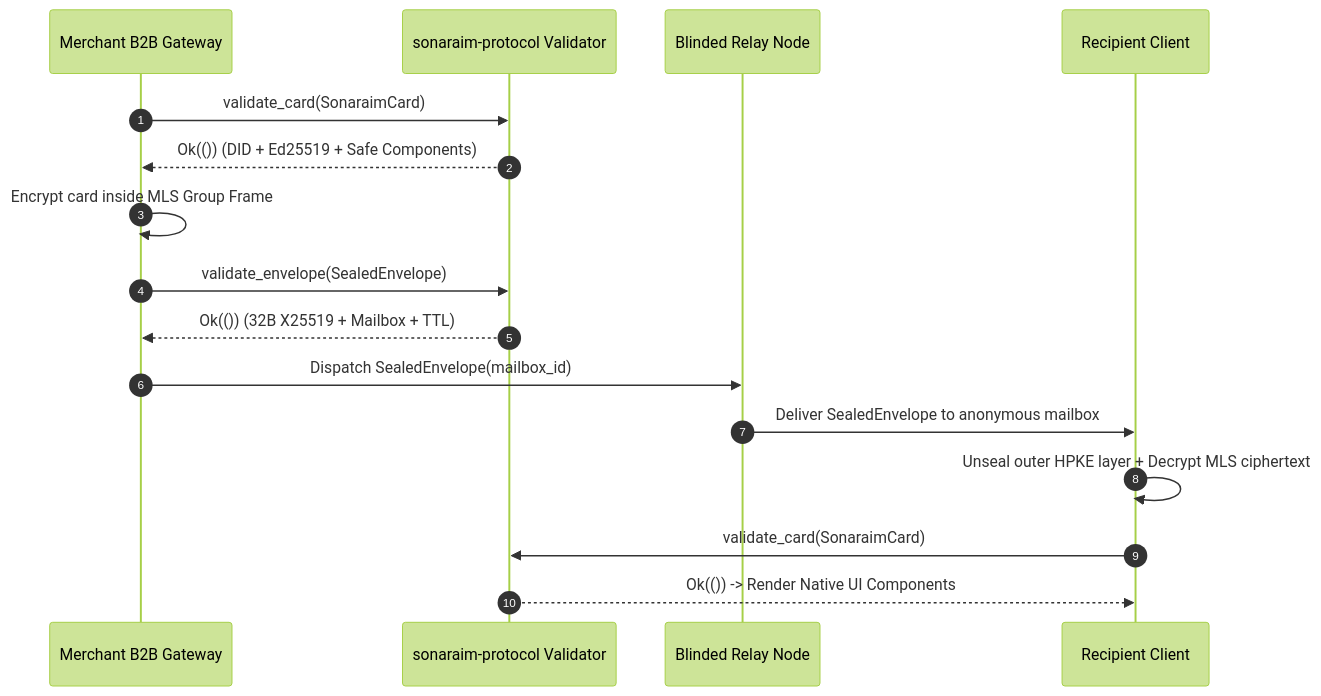
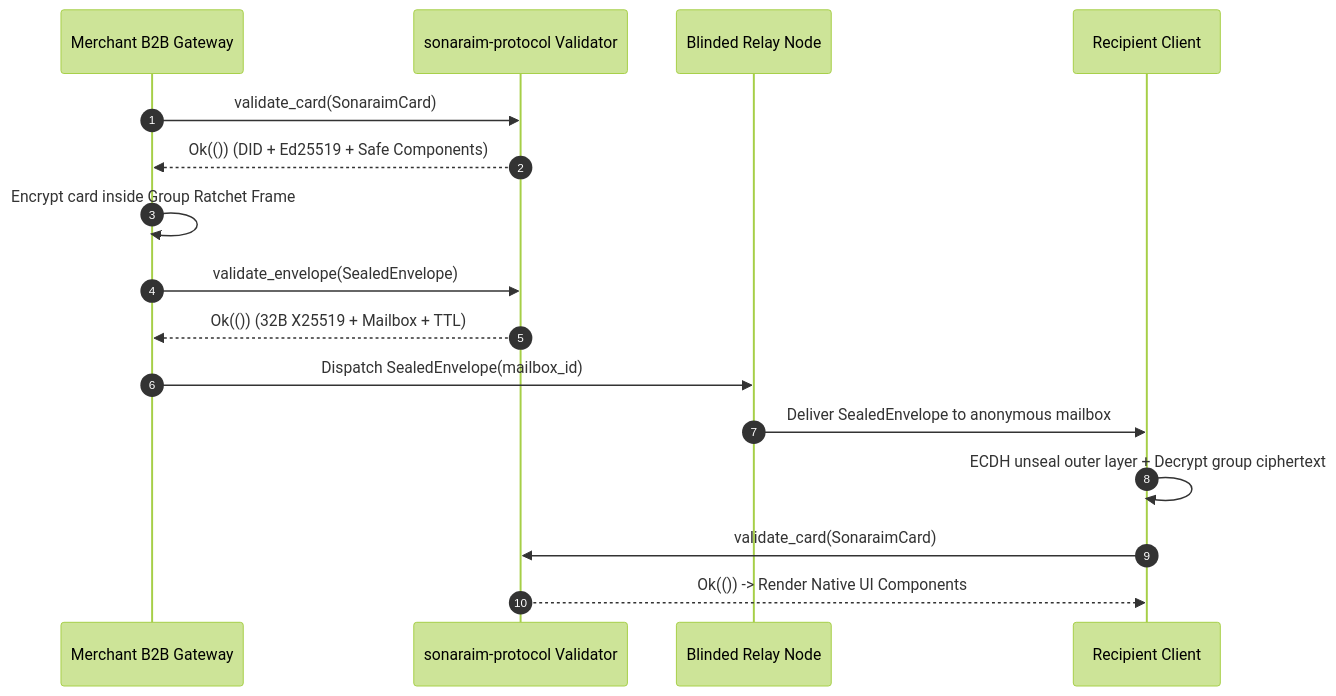
One commit to alfonsodg/sonaraim-protocol changed the first of 5 diagrams in docs/DIAGRAMS.md. Above: the diagram before and after it, drawn with Mermaid (forest theme). The commit also changed other lines of this file and 3 other files, not shown here.

````diff
--- a/docs/DIAGRAMS.md
+++ b/docs/DIAGRAMS.md
@@ -9,19 +9,19 @@
 ```mermaid
 sequenceDiagram
     autonumber
     participant M as Merchant B2B Gateway
     participant P as sonaraim-protocol Validator
     participant R as Blinded Relay Node
     participant C as Recipient Client
 
     M->>P: validate_card(SonaraimCard)
     P-->>M: Ok(()) (DID + Ed25519 + Safe Components)
-    M->>M: Encrypt card inside MLS Group Frame
+    M->>M: Encrypt card inside Group Ratchet Frame
     M->>P: validate_envelope(SealedEnvelope)
     P-->>M: Ok(()) (32B X25519 + Mailbox + TTL)
     M->>R: Dispatch SealedEnvelope(mailbox_id)
     R->>C: Deliver SealedEnvelope to anonymous mailbox
-    C->>C: Unseal outer HPKE layer + Decrypt MLS ciphertext
+    C->>C: ECDH unseal outer layer + Decrypt group ciphertext
     C->>P: validate_card(SonaraimCard)
     P-->>C: Ok(()) -> Render Native UI Components
 ```
````
